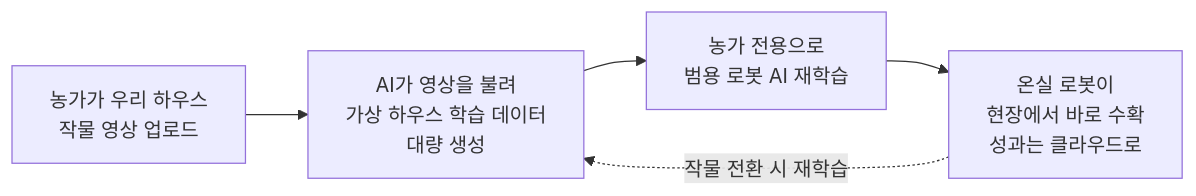
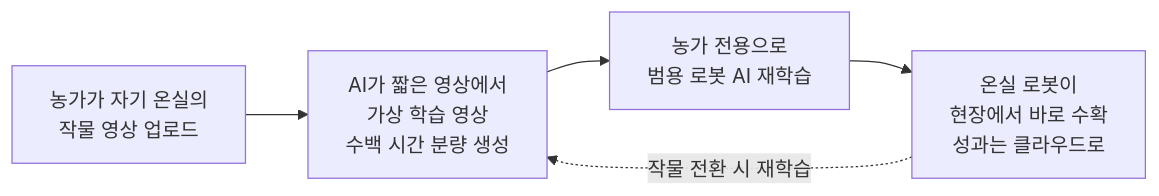
The second of 2 diagrams in docs/TEAM-PITCH.md (nansu0425/E2-1), drawn with Mermaid before and after one commit. The commit also changed other lines of this file, not shown here.

````diff
--- a/docs/TEAM-PITCH.md
+++ b/docs/TEAM-PITCH.md
@@ -80,7 +74,7 @@
 ```mermaid
 flowchart LR
-    A[농가가 우리 하우스<br/>작물 영상 업로드] --> B[AI가 영상을 불려<br/>가상 하우스 학습 데이터<br/>대량 생성]
+    A[농가가 자기 온실의<br/>작물 영상 업로드] --> B[AI가 짧은 영상에서<br/>가상 학습 영상<br/>수백 시간 분량 생성]
     B --> C[농가 전용으로<br/>범용 로봇 AI 재학습]
     C --> D[온실 로봇이<br/>현장에서 바로 수확<br/>성과는 클라우드로]
     D -. 작물 전환 시 재학습 .-> B
 ```
````
